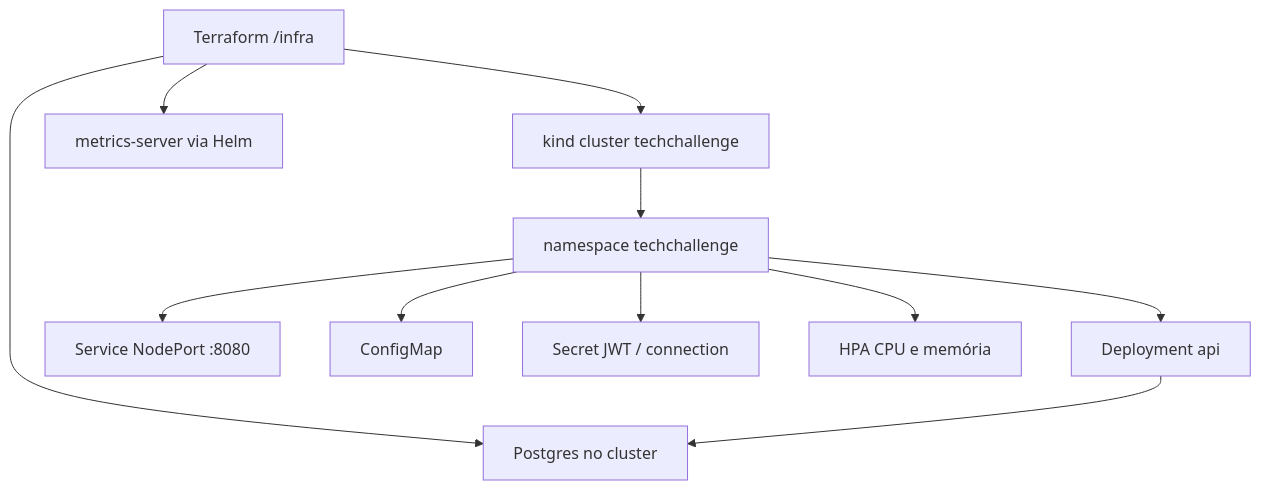
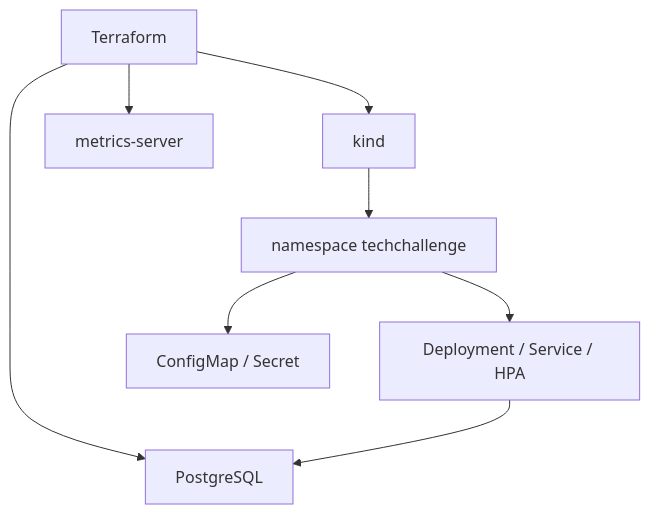
One commit to fiap-vcosta/api changed the third of 4 diagrams in README.md. Above: the diagram before and after it, drawn with Mermaid. The commit also changed other lines of this file and 26 other files, not shown here.

````diff
--- a/README.md
+++ b/README.md
@@ -101,13 +45,10 @@
 ```mermaid
 flowchart TB
-  tf[Terraform /infra] --> kind[kind cluster techchallenge]
-  tf --> pg[Postgres no cluster]
-  tf --> ms[metrics-server via Helm]
+  tf[Terraform] --> kind[kind]
+  tf --> pg[PostgreSQL]
+  tf --> ms[metrics-server]
   kind --> ns[namespace techchallenge]
-  ns --> deploy[Deployment api]
-  ns --> svc[Service NodePort :8080]
-  ns --> cm[ConfigMap]
-  ns --> secret[Secret JWT / connection]
-  ns --> hpa[HPA CPU e memória]
-  deploy --> pg
+  ns --> api[Deployment / Service / HPA]
+  ns --> cfg[ConfigMap / Secret]
+  api --> pg
 ```
````
